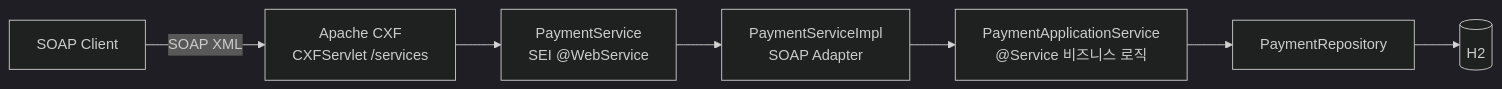
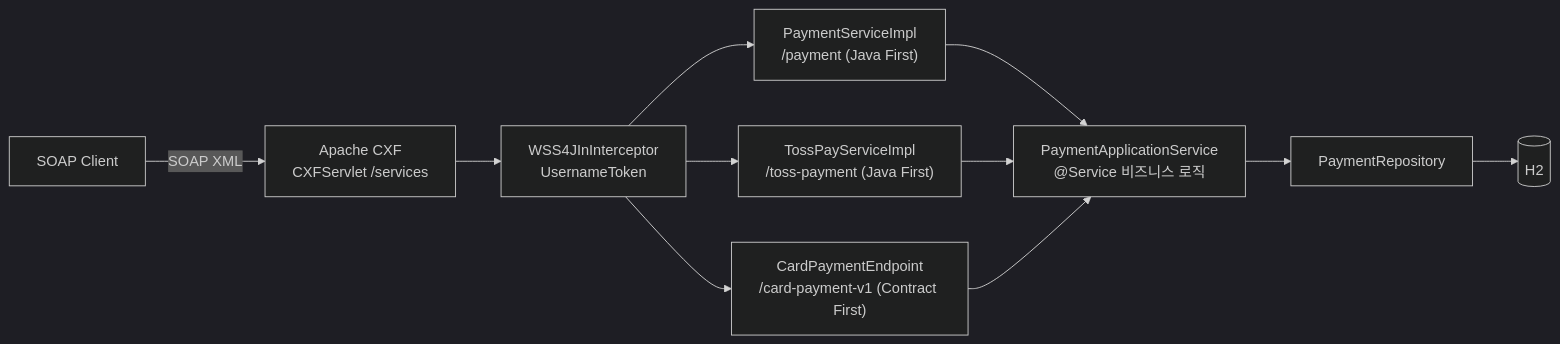
One commit to hyunolike/spring-boot-cxf-soap-poc changed the diagram in README.ko.md. Above: the diagram before and after it, drawn with Mermaid (dark theme). The commit also changed other lines of this file and 43 other files, not shown here.

````diff
--- a/README.ko.md
+++ b/README.ko.md
@@ -215,8 +361,12 @@
 ```mermaid
 flowchart LR
     Client["SOAP Client"] -->|"SOAP XML"| CXF["Apache CXF<br/>CXFServlet /services"]
-    CXF --> SEI["PaymentService<br/>SEI @WebService"]
-    SEI --> IMPL["PaymentServiceImpl<br/>SOAP Adapter"]
-    IMPL --> APP["PaymentApplicationService<br/>@Service 비즈니스 로직"]
+    CXF --> WSS["WSS4JInInterceptor<br/>UsernameToken"]
+    WSS --> CARD["PaymentServiceImpl<br/>/payment (Java First)"]
+    WSS --> TOSS["TossPayServiceImpl<br/>/toss-payment (Java First)"]
+    WSS --> CF["CardPaymentEndpoint<br/>/card-payment-v1 (Contract First)"]
+    CARD --> APP["PaymentApplicationService<br/>@Service 비즈니스 로직"]
+    TOSS --> APP
+    CF --> APP
     APP --> REPO["PaymentRepository"] --> DB[(H2)]
 ```
````
